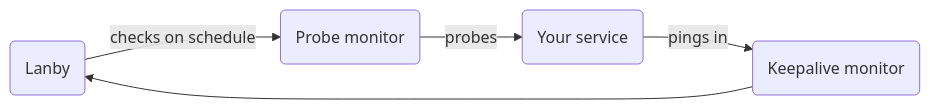
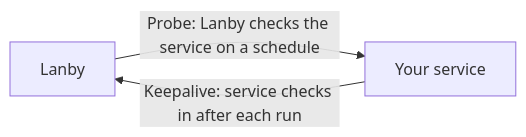
Before and after one commit to lanby-dev/lanby-docs: the diagram in docs/monitors.md, drawn with Mermaid. The commit also changed 3 other files, not shown here.

Commit message:
Gaps, fixed diagrams

````diff
--- a/docs/monitors.md
+++ b/docs/monitors.md
@@ -5,12 +5,7 @@
 ```mermaid
 flowchart LR
-    L(Lanby)
-    P(Probe monitor)
-    K(Keepalive monitor)
-    S(Your service)
-
-    L -->|checks on schedule| P
-    P -->|probes| S
-    S -->|pings in| K
-    K --> L
+    L[Lanby]
+    S[Your service]
+    L -- "Probe: Lanby checks the service on a schedule" --> S
+    S -- "Keepalive: service checks in after each run" --> L
 ```
````
